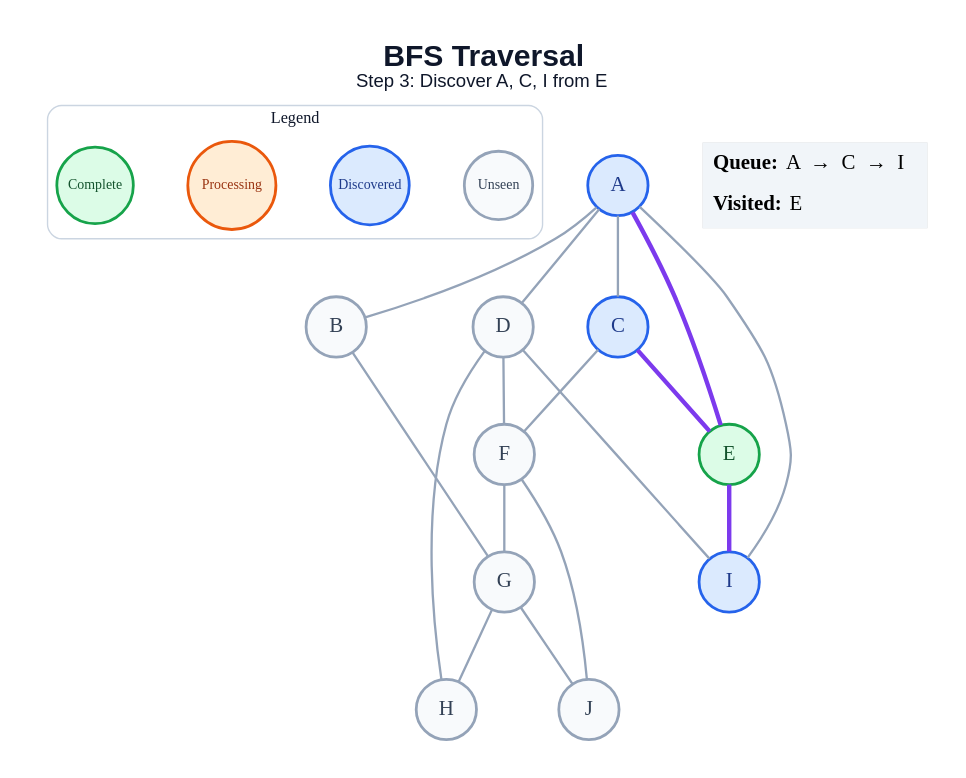
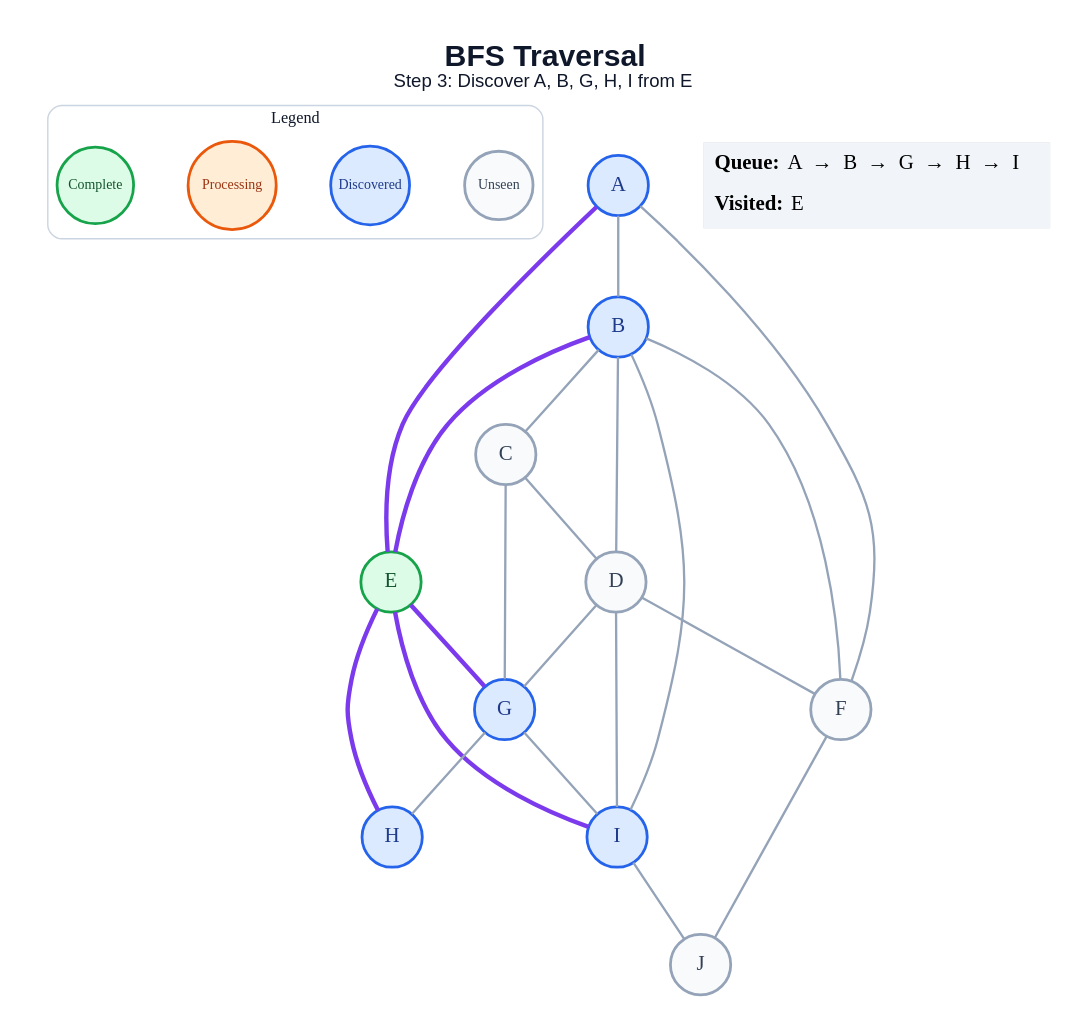
Before and after one commit to amanghodawala9/ai-slop: the diagram in generated/specific-node/bfs/step_03.dot, drawn with Graphviz. The commit also changed 178 other files, not shown here.

```diff
--- a/generated/specific-node/bfs/step_03.dot
+++ b/generated/specific-node/bfs/step_03.dot
@@ -1,45 +1,49 @@
 graph traversal {
   graph [layout=dot, rankdir=TB, bgcolor="#FFFFFF", pad="0.35", nodesep="0.65", ranksep="0.8", fontname="Arial"];
   node [shape=circle, style="filled", fontname="Arial Bold", fontsize=18, width=0.72, fixedsize=true, penwidth=2.4];
   edge [color="#94A3B8", penwidth=2.0];
-  label=<<B>BFS Traversal</B><BR/><FONT POINT-SIZE="16">Step 3: Discover A, C, I from E</FONT>>; labelloc="t"; fontsize=26; fontname="Arial"; fontcolor="#0F172A";
+  label=<<B>BFS Traversal</B><BR/><FONT POINT-SIZE="16">Step 3: Discover A, B, G, H, I from E</FONT>>; labelloc="t"; fontsize=26; fontname="Arial"; fontcolor="#0F172A";
   subgraph cluster_legend { label="Legend"; color="#CBD5E1"; penwidth=1.2; style="rounded"; fontsize=14; fontname="Arial Bold";
     key_unseen [label="Unseen", fillcolor="#F8FAFC", color="#94A3B8", fontcolor="#334155", fontsize=12, width=0.82];
     key_frontier [label="Discovered", fillcolor="#DBEAFE", color="#2563EB", fontcolor="#1E3A8A", fontsize=12, width=0.95];
     key_current [label="Processing", fillcolor="#FFEDD5", color="#EA580C", fontcolor="#9A3412", fontsize=12, width=1.05];
     key_done [label="Complete", fillcolor="#DCFCE7", color="#16A34A", fontcolor="#14532D", fontsize=12, width=0.92];
     { rank=same; key_unseen; key_frontier; key_current; key_done; }
   }
   A [fillcolor="#DBEAFE", color="#2563EB", fontcolor="#1E3A8A"];
-  B [fillcolor="#F8FAFC", color="#94A3B8", fontcolor="#334155"];
-  C [fillcolor="#DBEAFE", color="#2563EB", fontcolor="#1E3A8A"];
+  B [fillcolor="#DBEAFE", color="#2563EB", fontcolor="#1E3A8A"];
+  C [fillcolor="#F8FAFC", color="#94A3B8", fontcolor="#334155"];
   D [fillcolor="#F8FAFC", color="#94A3B8", fontcolor="#334155"];
   E [fillcolor="#DCFCE7", color="#16A34A", fontcolor="#14532D"];
   F [fillcolor="#F8FAFC", color="#94A3B8", fontcolor="#334155"];
-  G [fillcolor="#F8FAFC", color="#94A3B8", fontcolor="#334155"];
-  H [fillcolor="#F8FAFC", color="#94A3B8", fontcolor="#334155"];
+  G [fillcolor="#DBEAFE", color="#2563EB", fontcolor="#1E3A8A"];
+  H [fillcolor="#DBEAFE", color="#2563EB", fontcolor="#1E3A8A"];
   I [fillcolor="#DBEAFE", color="#2563EB", fontcolor="#1E3A8A"];
   J [fillcolor="#F8FAFC", color="#94A3B8", fontcolor="#334155"];
   A -- B;
-  A -- C;
-  A -- D;
   A -- E [color="#7C3AED", penwidth=3.8];
-  A -- I;
-  B -- G;
-  C -- E [color="#7C3AED", penwidth=3.8];
-  C -- F;
+  A -- F;
+  B -- C;
+  B -- D;
+  B -- E [color="#7C3AED", penwidth=3.8];
+  B -- F;
+  B -- I;
+  C -- D;
+  C -- G;
   D -- F;
-  D -- H;
+  D -- G;
   D -- I;
+  E -- G [color="#7C3AED", penwidth=3.8];
+  E -- H [color="#7C3AED", penwidth=3.8];
   E -- I [color="#7C3AED", penwidth=3.8];
-  F -- G;
   F -- J;
   G -- H;
-  G -- J;
+  G -- I;
+  I -- J;
   status [shape=plain, fixedsize=false, width=0, height=0, margin=0, label=<
     <TABLE BORDER="0" CELLBORDER="0" CELLPADDING="7" BGCOLOR="#F1F5F9">
-      <TR><TD ALIGN="LEFT"><B>Queue:</B> A  →  C  →  I</TD></TR>
+      <TR><TD ALIGN="LEFT"><B>Queue:</B> A  →  B  →  G  →  H  →  I</TD></TR>
       <TR><TD ALIGN="LEFT"><B>Visited:</B> E</TD></TR>
     </TABLE>
   >];
 }
```
